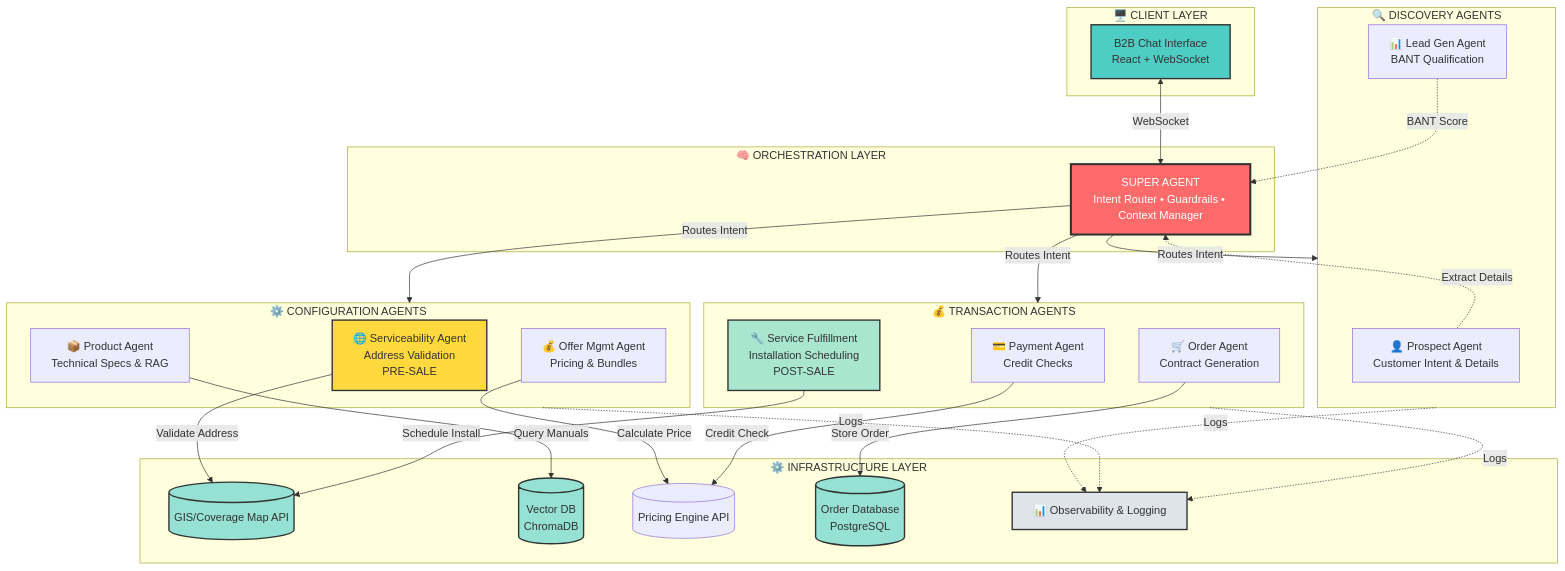
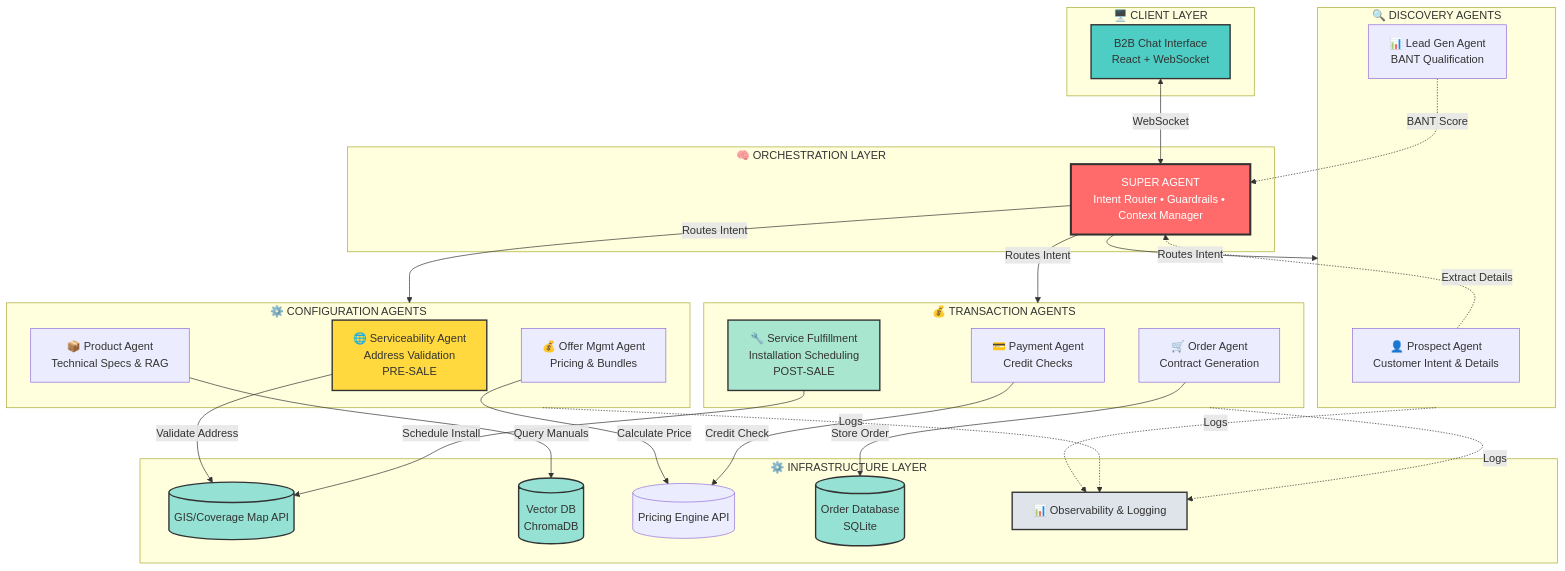
Before and after one commit to sudhamanc/ConversationalSalesAgent: the first of 8 diagrams in README.md, drawn with Mermaid. The commit also changed other lines of this file and 1 other file, not shown here.

Commit message:
Update DB references from PostgreSQL to SQLite across project

````diff
--- a/README.md
+++ b/README.md
@@ -68,64 +68,64 @@
 ```mermaid
 graph TB
     subgraph Client["🖥️ CLIENT LAYER"]
         UI[B2B Chat Interface<br/>React + WebSocket]
     end
 
     subgraph Orchestration["🧠 ORCHESTRATION LAYER"]
         SA[SUPER AGENT<br/>Intent Router • Guardrails • Context Manager]
     end
 
     subgraph Discovery["🔍 DISCOVERY AGENTS"]
         PA[👤 Prospect Agent<br/>Customer Intent & Details]
         LA[📊 Lead Gen Agent<br/>BANT Qualification]
     end
 
     subgraph Configuration["⚙️ CONFIGURATION AGENTS"]
         SVA[🌐 Serviceability Agent<br/>Address Validation<br/>PRE-SALE]
         ProdA[📦 Product Agent<br/>Technical Specs & RAG]
         OA[💰 Offer Mgmt Agent<br/>Pricing & Bundles]
     end
 
     subgraph Transaction["💰 TRANSACTION AGENTS"]
         PayA[💳 Payment Agent<br/>Credit Checks]
         OrdA[🛒 Order Agent<br/>Contract Generation]
         SFA[🔧 Service Fulfillment<br/>Installation Scheduling<br/>POST-SALE]
     end
 
     subgraph Infrastructure["⚙️ INFRASTRUCTURE LAYER"]
         GIS[(GIS/Coverage Map API)]
         RAG[(Vector DB<br/>ChromaDB)]
         PRICE[(Pricing Engine API)]
-        DB[(Order Database<br/>PostgreSQL)]
+        DB[(Order Database<br/>SQLite)]
         LOG[📊 Observability & Logging]
     end
 
     UI <-->|WebSocket| SA
     SA -->|Routes Intent| Discovery
     SA -->|Routes Intent| Configuration
     SA -->|Routes Intent| Transaction
 
     PA -.->|Extract Details| SA
     LA -.->|BANT Score| SA
 
     SVA -->|Validate Address| GIS
     ProdA -->|Query Manuals| RAG
     OA -->|Calculate Price| PRICE
 
     PayA -->|Credit Check| PRICE
     OrdA -->|Store Order| DB
     SFA -->|Schedule Install| GIS
 
     Discovery -.->|Logs| LOG
     Configuration -.->|Logs| LOG
     Transaction -.->|Logs| LOG
 
     style SA fill:#ff6b6b,stroke:#333,stroke-width:3px,color:#fff
     style UI fill:#4ecdc4,stroke:#333,stroke-width:2px
     style SVA fill:#ffd93d,stroke:#333,stroke-width:2px
     style SFA fill:#a8e6cf,stroke:#333,stroke-width:2px
     style GIS fill:#95e1d3,stroke:#333,stroke-width:2px
     style RAG fill:#95e1d3,stroke:#333,stroke-width:2px
     style DB fill:#95e1d3,stroke:#333,stroke-width:2px
     style LOG fill:#dfe4ea,stroke:#333,stroke-width:2px
 ```
````
